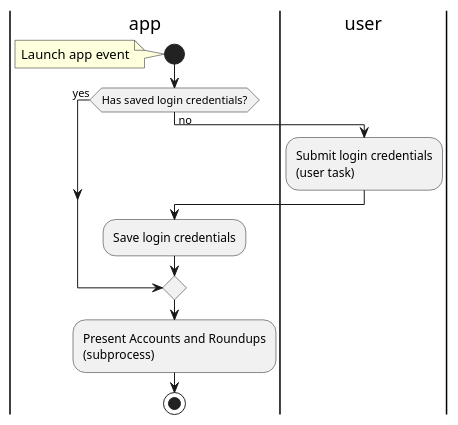
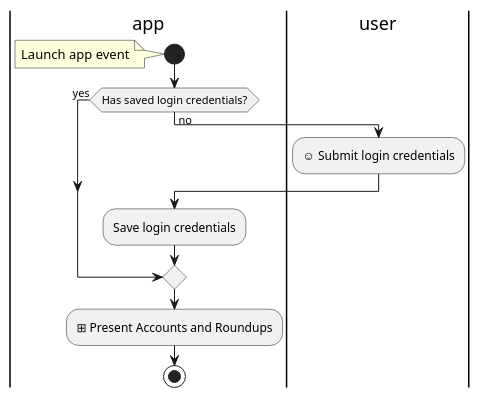
One commit to hristo-stefanov/MiniBankingDemo changed the diagram in diagrams/Startup Activity Diagram.puml. Above: the diagram before and after it, drawn with PlantUML. The commit also changed 1 other file, not shown here.

```diff
--- a/diagrams/Startup Activity Diagram.puml
+++ b/diagrams/Startup Activity Diagram.puml
@@ -1,21 +1,18 @@
 @startuml
 'https://plantuml.com/activity-diagram-beta
 |app|
 start
 note left
 Launch app event
 end note
 if (Has saved login credentials?) then (yes)
 else (no)
     |user|
-    :Submit login credentials
-    (user task);
+    :☺ Submit login credentials;
     |app|
     :Save login credentials;
 endif
-    :Present Accounts and Roundups
-    (subprocess);
-
+    :⊞ Present Accounts and Roundups;
 stop
 
 @enduml
```
